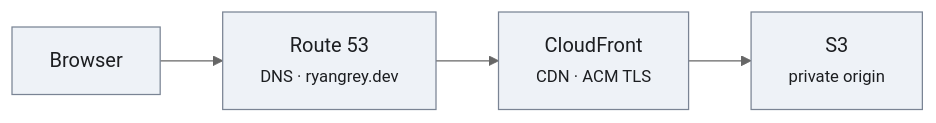
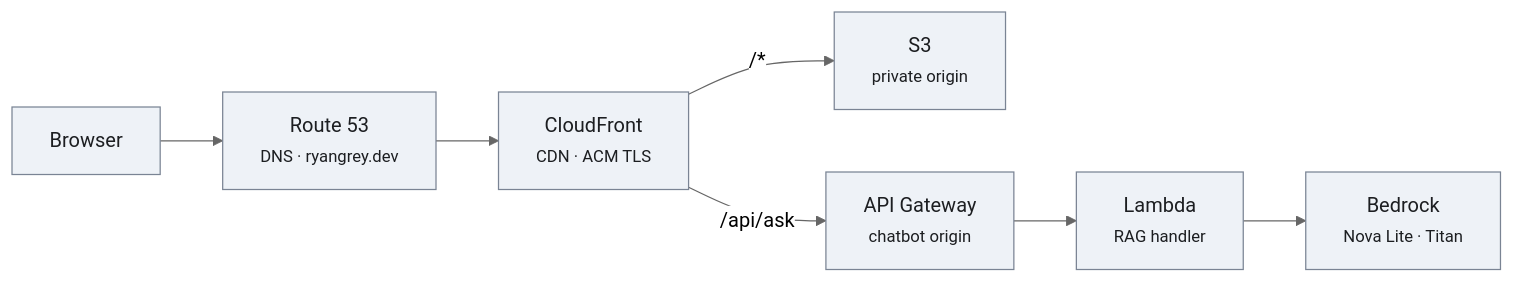
The first of 5 diagrams in README.md (ryan-grey/ryangrey.dev), drawn with Mermaid (neutral theme) before and after one commit. The commit also changed other lines of this file and 5 other files, not shown here.

````diff
--- a/README.md
+++ b/README.md
@@ -32,11 +34,17 @@
 ```mermaid
 flowchart LR
     U["Browser"] --> R53["Route 53<br/><small>DNS · ryangrey.dev</small>"]
     R53 --> CF["CloudFront<br/><small>CDN · ACM TLS</small>"]
-    CF --> S3["S3<br/><small>private origin</small>"]
+    CF -->|"/*"| S3["S3<br/><small>private origin</small>"]
+    CF -->|"/api/ask"| AG["API Gateway<br/><small>chatbot origin</small>"]
+    AG --> L["Lambda<br/><small>RAG handler</small>"]
+    L --> BR["Bedrock<br/><small>Nova Lite · Titan</small>"]
 
     style U fill:#eef2f7,stroke:#7a8494,color:#1c1e21
     style R53 fill:#eef2f7,stroke:#7a8494,color:#1c1e21
     style CF fill:#eef2f7,stroke:#7a8494,color:#1c1e21
     style S3 fill:#eef2f7,stroke:#7a8494,color:#1c1e21
+    style AG fill:#eef2f7,stroke:#7a8494,color:#1c1e21
+    style L fill:#eef2f7,stroke:#7a8494,color:#1c1e21
+    style BR fill:#eef2f7,stroke:#7a8494,color:#1c1e21
 ```
````
